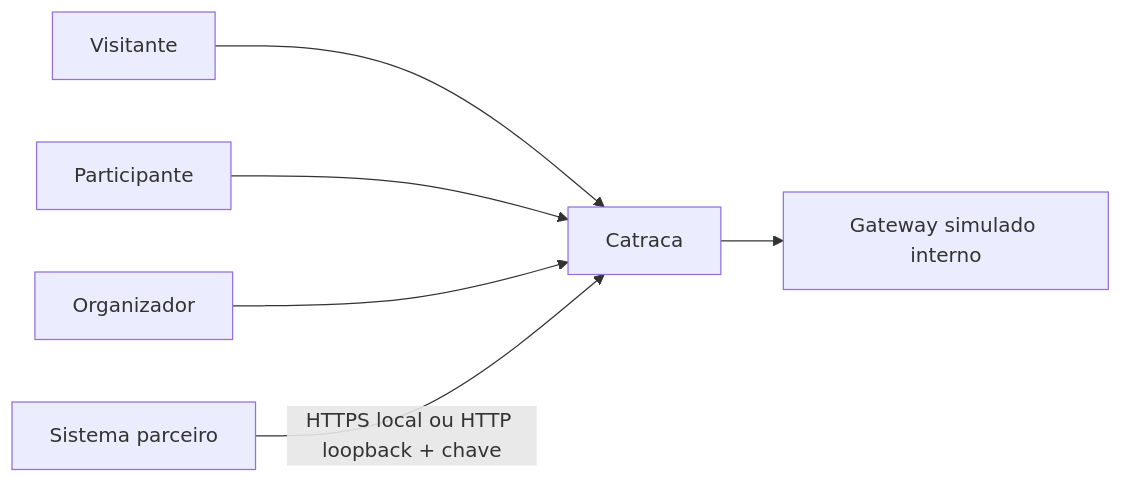
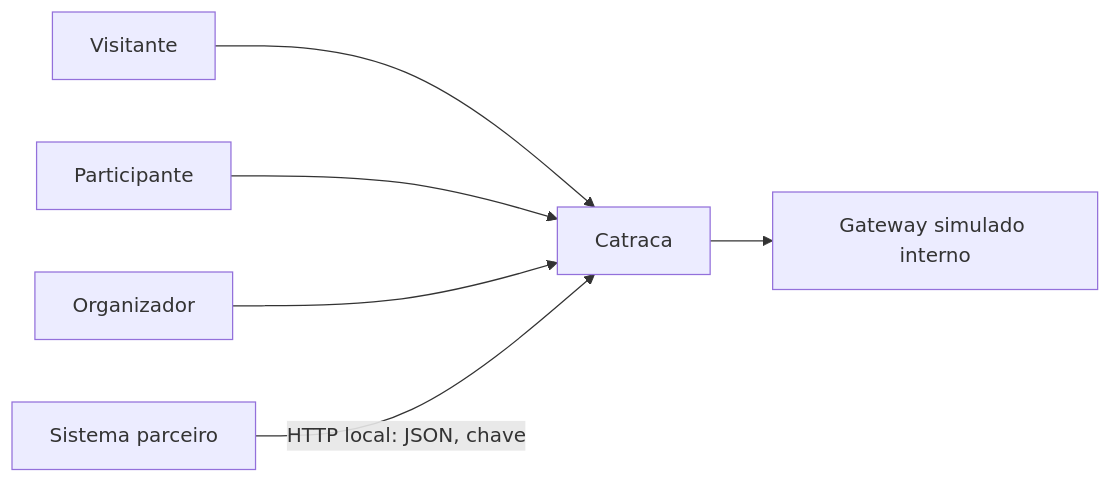
One commit to Esphios/mba-desafio-catraca changed the first of 6 diagrams in docs/architecture/diagrams.md. Above: the diagram before and after it, drawn with Mermaid. The commit also changed other lines of this file and 186 other files, not shown here.

````diff
--- a/docs/architecture/diagrams.md
+++ b/docs/architecture/diagrams.md
@@ -7,8 +4,8 @@
 ```mermaid
 flowchart LR
- V[Visitante] --> C[Catraca]
- P[Participante] --> C
- O[Organizador] --> C
- S[Sistema parceiro] -->|HTTPS local ou HTTP loopback + chave| C
- C --> G[Gateway simulado interno]
+    V[Visitante] --> C[Catraca]
+    P[Participante] --> C
+    O[Organizador] --> C
+    S[Sistema parceiro] -->|HTTP local: JSON, chave| C
+    C --> G[Gateway simulado interno]
 ```
````
